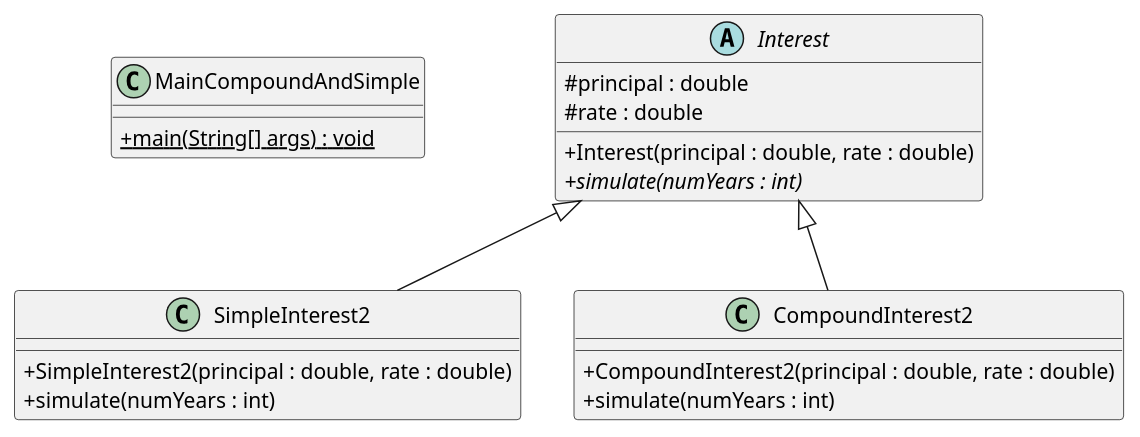
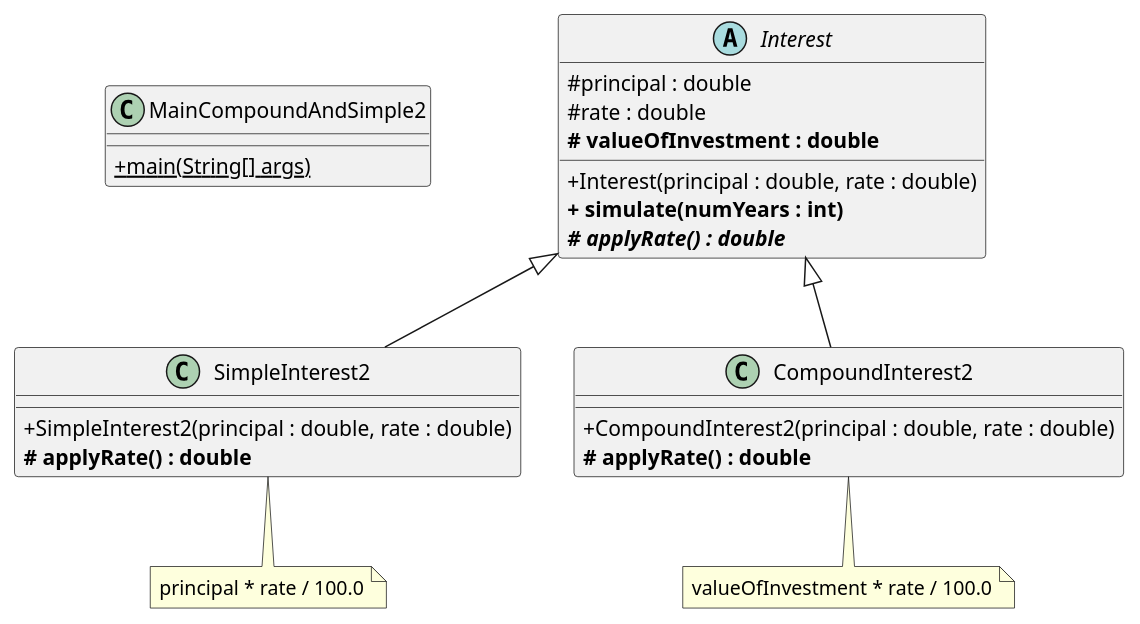
One commit to nilcamprubi/example_interest changed the diagram in src/compound_and_simple2.puml. Above: the diagram before and after it, drawn with PlantUML. The commit also changed 22 other files, not shown here.

```diff
--- a/src/compound_and_simple2.puml
+++ b/src/compound_and_simple2.puml
@@ -1,29 +1,32 @@
 @startuml
 skinparam classAttributeIconSize 0
-' to use standard notation for public, protected, private
 
-class MainCompoundAndSimple {
-+ {static} main(String[] args) : void
+class MainCompoundAndSimple2 {
++ {static} main(String[] args)
 }
-
 abstract class Interest {
 # principal : double
 # rate : double
+**# valueOfInvestment : double**
 + Interest(principal : double, rate : double)
-+ {abstract} simulate(numYears : int)
+**+ simulate(numYears : int)**
+**# {abstract} applyRate() : double**
 }
-
 class CompoundInterest2 extends Interest {
 + CompoundInterest2(principal : double, rate : double)
-+ simulate(numYears : int)
+**# applyRate() : double**
 }
-
 class SimpleInterest2 extends Interest {
 + SimpleInterest2(principal : double, rate : double)
-+ simulate(numYears : int)
+**# applyRate() : double**
 }
-
+note bottom of SimpleInterest2
+principal * rate / 100.0
+end note
+note bottom of CompoundInterest2
+valueOfInvestment * rate / 100.0
+end note
 ' position classes
-MainCompoundAndSimple -[hidden]down-> SimpleInterest2
+MainCompoundAndSimple2 -[hidden]down-> SimpleInterest2
 SimpleInterest2 -[hidden]right-> CompoundInterest2
 @enduml
```
